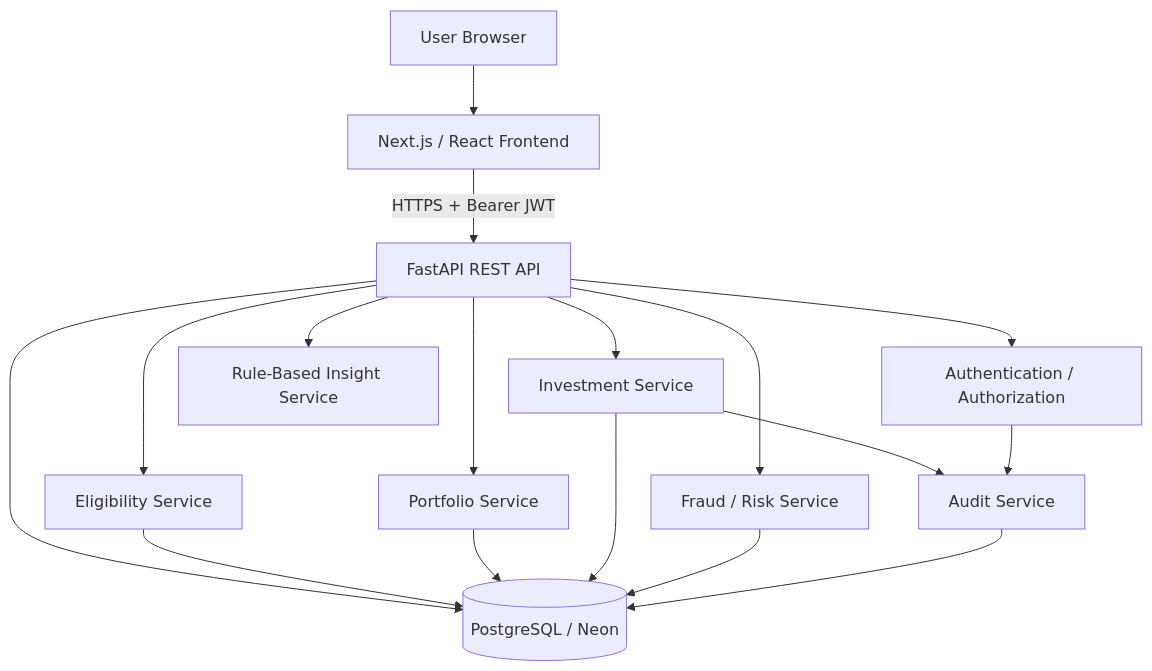
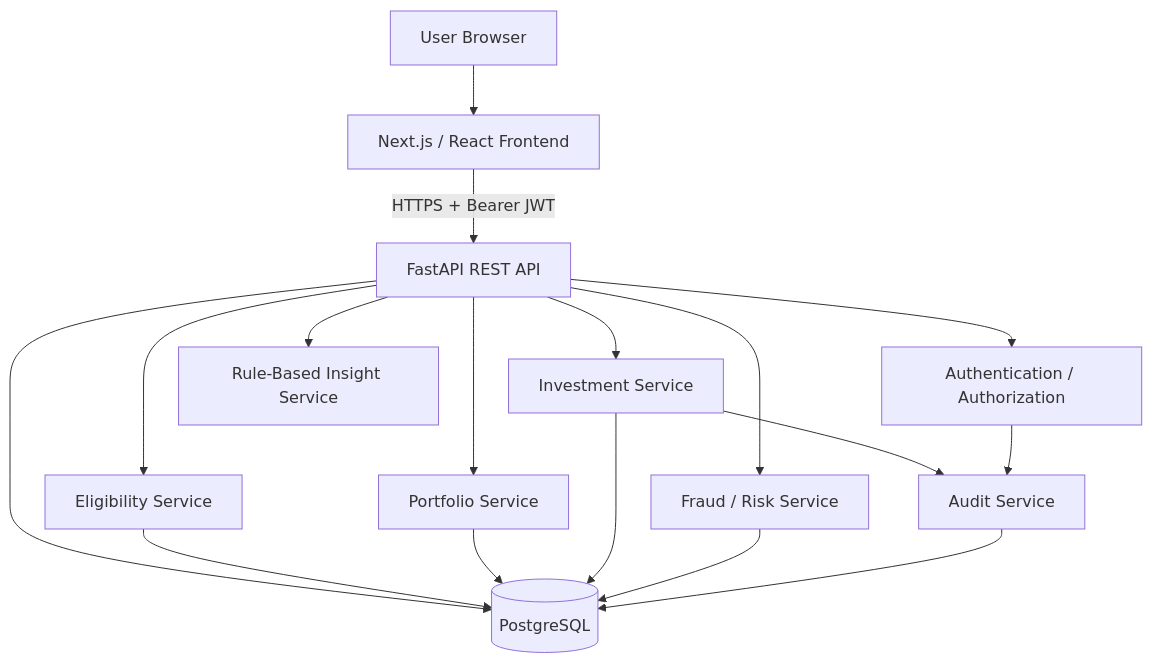
Before and after one commit to ahmad-cyber-se/aurix-secure-financial-intelligence: the diagram in ARCHITECTURE.md, drawn with Mermaid. The commit also changed other lines of this file and 4 other files, not shown here.

````diff
--- a/ARCHITECTURE.md
+++ b/ARCHITECTURE.md
@@ -3,19 +5,19 @@
 ```mermaid
 flowchart TD
     U[User Browser] --> FE[Next.js / React Frontend]
     FE -->|HTTPS + Bearer JWT| API[FastAPI REST API]
     API --> AUTH[Authentication / Authorization]
     API --> ELIG[Eligibility Service]
     API --> PORT[Portfolio Service]
     API --> INV[Investment Service]
     API --> FRAUD[Fraud / Risk Service]
     API --> INSIGHT[Rule-Based Insight Service]
     INV --> AUDIT[Audit Service]
     AUTH --> AUDIT
-    API --> DB[(PostgreSQL / Neon)]
+    API --> DB[(PostgreSQL)]
     ELIG --> DB
     PORT --> DB
     INV --> DB
     FRAUD --> DB
     AUDIT --> DB
 ```
````
